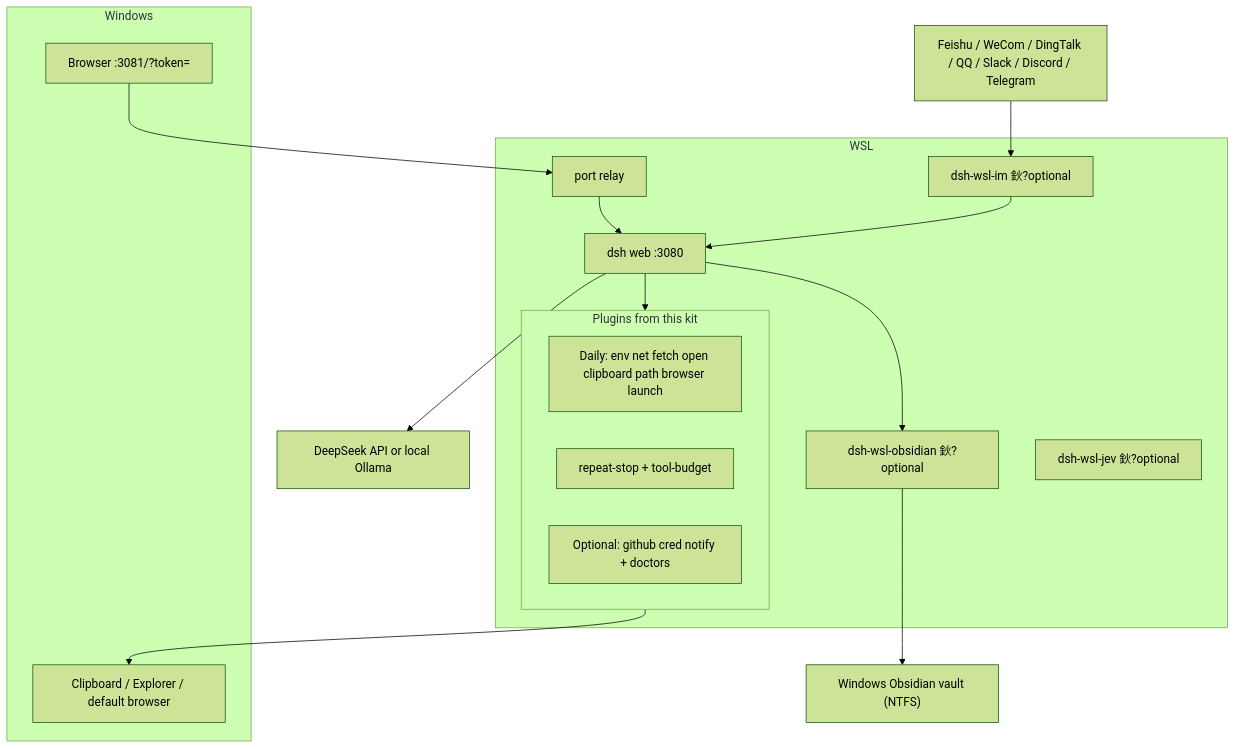
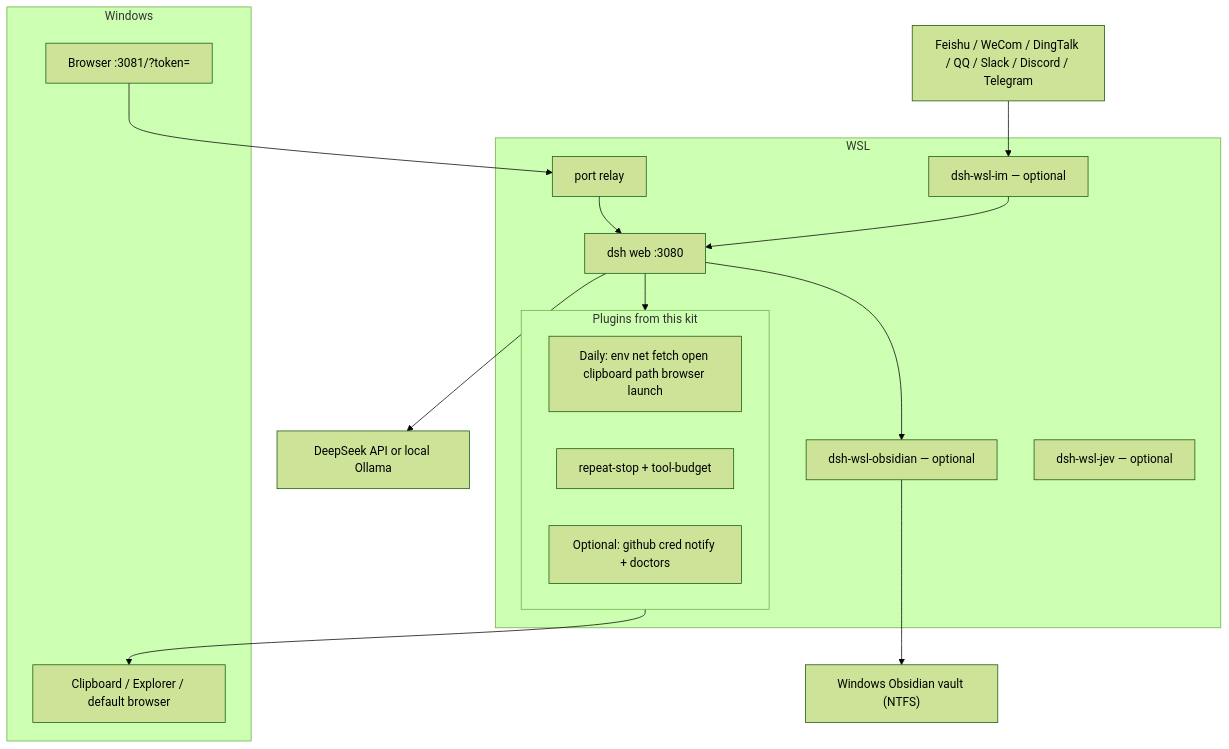
One commit to 173787247/dsh-wsl-kit changed the diagram in README.md. Above: the diagram before and after it, drawn with Mermaid (forest theme). The commit also changed other lines of this file and 1 other file, not shown here.

Commit message:
docs: fix encoding and register dsh-wsl-secret cleanly

````diff
--- a/README.md
+++ b/README.md
@@ -15,30 +15,30 @@
 ```mermaid
 flowchart TB
   subgraph win [Windows]
     browser["Browser :3081/?token="]
     host["Clipboard / Explorer / default browser"]
   end
   subgraph wslbox [WSL]
     relay["port relay"]
     dsh["dsh web :3080"]
     subgraph plugins [Plugins from this kit]
       daily["Daily: env net fetch open clipboard path browser launch"]
       guards["repeat-stop + tool-budget"]
       more["Optional: github cred notify + doctors"]
     end
-    im["dsh-wsl-im 鈥?optional"]
-    obsidian["dsh-wsl-obsidian 鈥?optional"]
-    jev["dsh-wsl-jev 鈥?optional"]
+    im["dsh-wsl-im — optional"]
+    obsidian["dsh-wsl-obsidian — optional"]
+    jev["dsh-wsl-jev — optional"]
   end
   llm["DeepSeek API or local Ollama"]
   chats["Feishu / WeCom / DingTalk / QQ / Slack / Discord / Telegram"]
   vault["Windows Obsidian vault (NTFS)"]
 
   browser --> relay --> dsh
   dsh --> plugins
   dsh --> llm
   plugins --> host
   chats --> im --> dsh
   obsidian --> vault
   dsh --> obsidian
 ```
````
